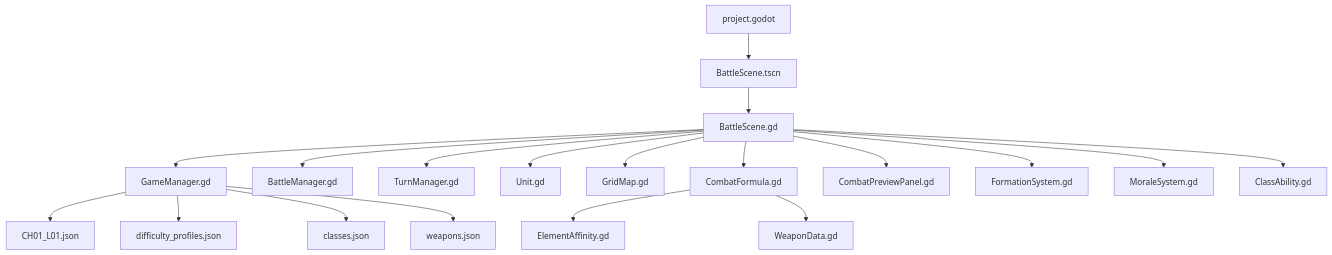
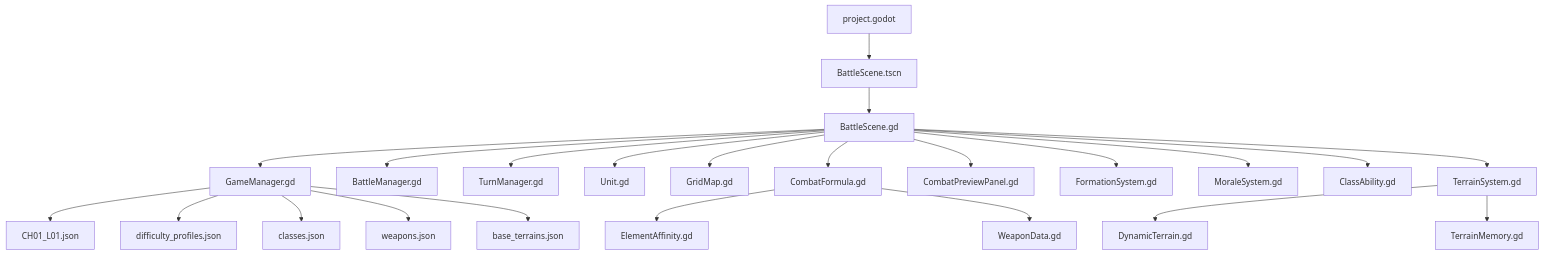
The diagram in docs/TECHNICAL_DESIGN.md (cui2573977943-code/agent), drawn with Mermaid before and after one commit. The commit also changed other lines of this file and 9 other files, not shown here.

````diff
--- a/docs/TECHNICAL_DESIGN.md
+++ b/docs/TECHNICAL_DESIGN.md
@@ -5,21 +5,25 @@
 ```mermaid
 flowchart TD
     Project[project.godot] --> BattleScene[BattleScene.tscn]
     BattleScene --> BattleScript[BattleScene.gd]
     BattleScript --> GameManager[GameManager.gd]
     BattleScript --> BattleManager[BattleManager.gd]
     BattleScript --> TurnManager[TurnManager.gd]
     BattleScript --> TacticalUnit[Unit.gd]
     BattleScript --> GridMap[GridMap.gd]
     BattleScript --> CombatFormula[CombatFormula.gd]
     BattleScript --> Preview[CombatPreviewPanel.gd]
     CombatFormula --> ElementAffinity[ElementAffinity.gd]
     CombatFormula --> WeaponData[WeaponData.gd]
     BattleScript --> FormationSystem[FormationSystem.gd]
     BattleScript --> MoraleSystem[MoraleSystem.gd]
     BattleScript --> ClassAbility[ClassAbility.gd]
+    BattleScript --> TerrainSystem[TerrainSystem.gd]
+    TerrainSystem --> DynamicTerrain[DynamicTerrain.gd]
+    TerrainSystem --> TerrainMemory[TerrainMemory.gd]
     GameManager --> LevelJson[CH01_L01.json]
     GameManager --> DifficultyJson[difficulty_profiles.json]
     GameManager --> ClassJson[classes.json]
     GameManager --> WeaponJson[weapons.json]
+    GameManager --> TerrainJson[base_terrains.json]
 ```
````
